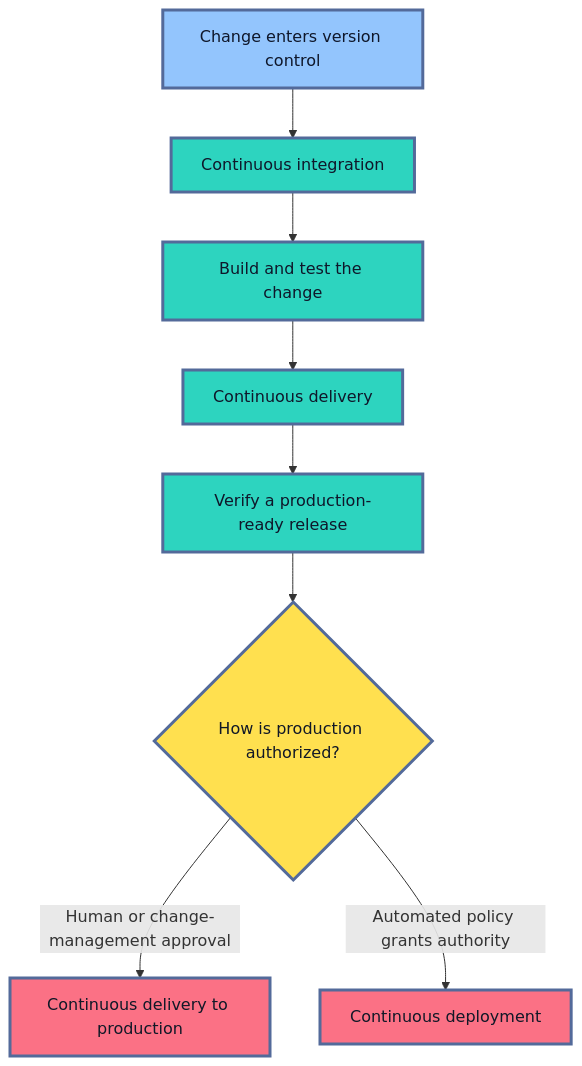
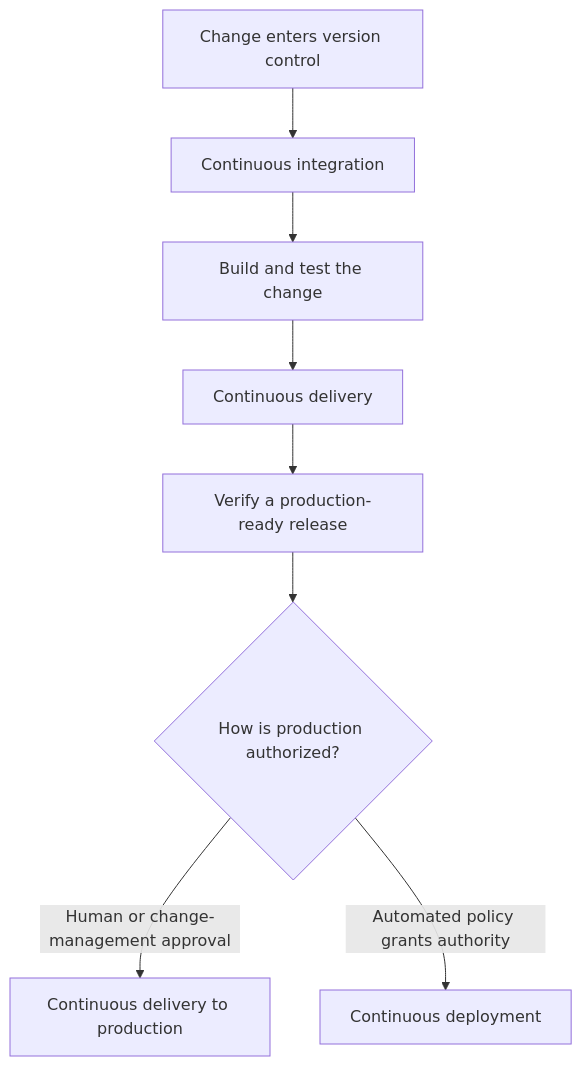
Before and after one commit to senlinyy/dev-roadmaps: the second of 4 diagrams in roadmaps/mlops/modules/deployment-and-release-management/model-release-basics/05-cd-for-model-services.md, drawn with Mermaid. The commit also changed other lines of this file and 152 other files, not shown here.

Commit message:
feat: mlops and diagrams updated

````diff
--- a/roadmaps/mlops/modules/deployment-and-release-management/model-release-basics/05-cd-for-model-services.md
+++ b/roadmaps/mlops/modules/deployment-and-release-management/model-release-basics/05-cd-for-model-services.md
@@ -93,19 +89,15 @@
 ```mermaid
 flowchart TD
     A["Change enters version control"] --> B["Continuous integration"]
     B --> C["Build and test the change"]
     C --> D["Continuous delivery"]
     D --> E["Verify a production-ready release"]
     E --> F{"How is production authorized?"}
     F -->|"Human or change-management approval"| G["Continuous delivery to production"]
     F -->|"Automated policy grants authority"| H["Continuous deployment"]
 
-    classDef source fill:#93C5FD,stroke:#536A9A,stroke-width:3px,color:#0F172A
-    classDef phase fill:#2DD4BF,stroke:#536A9A,stroke-width:3px,color:#0F172A
-    classDef choice fill:#FFE04F,stroke:#536A9A,stroke-width:3px,color:#111827
-    classDef release fill:#FB7185,stroke:#536A9A,stroke-width:3px,color:#111827
     class A source
     class B,C,D,E phase
     class F choice
     class G,H release
 ```
````
